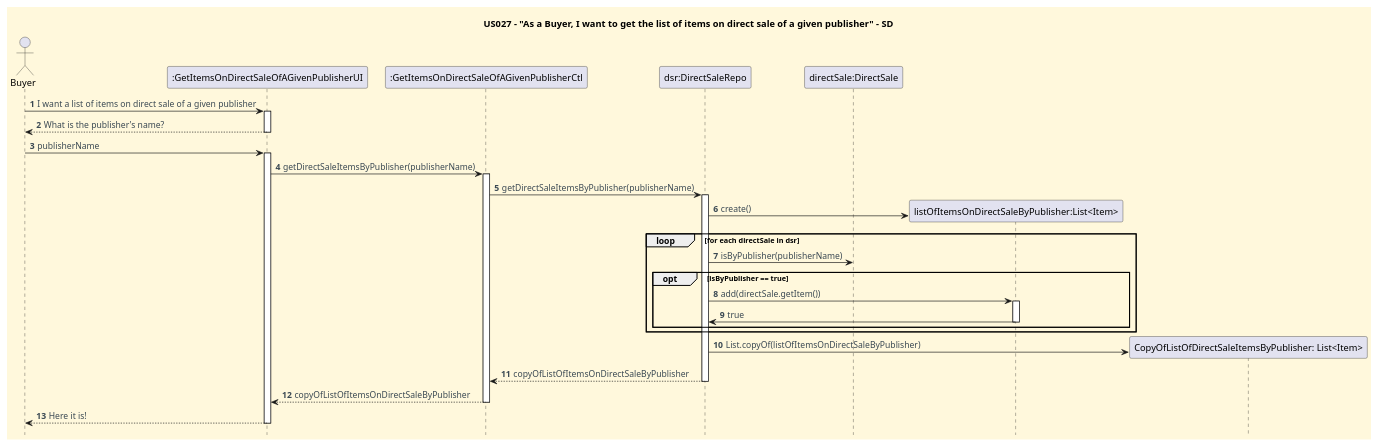
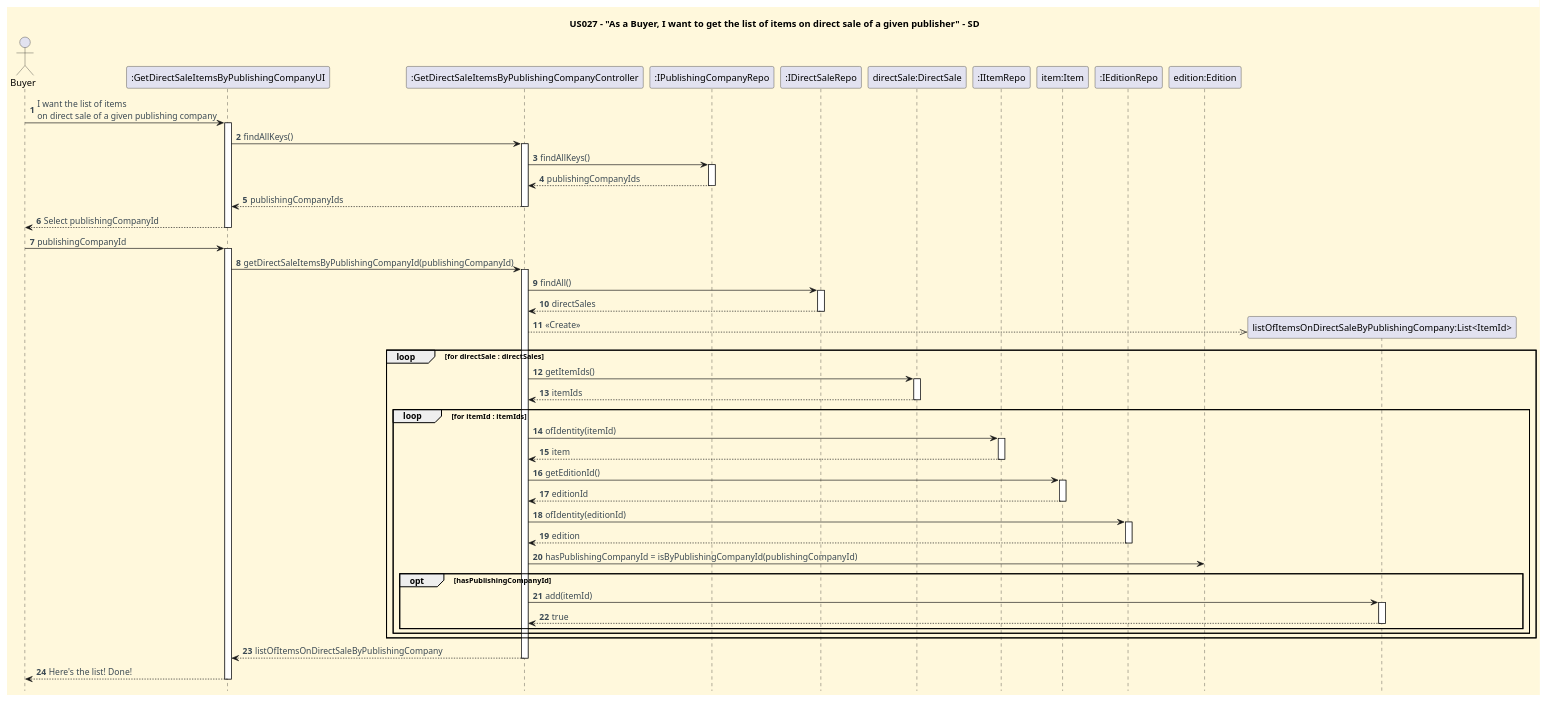
Before and after one commit to CarolinaLeite-collab/JavaMarketplacePlatform: the diagram in docs/user-stories/US027/US027_get_list_of_items_on_direct_sale_of_publisher_SD.puml, drawn with PlantUML. The commit also changed 2 other files, not shown here.

Commit message:
docs: updates SSD, SD and CD concerning GetItemsOnDirectSaleOfAGivenPublishingCompanyController according to DDD, refs #572

```diff
--- a/docs/user-stories/US027/US027_get_list_of_items_on_direct_sale_of_publisher_SD.puml
+++ b/docs/user-stories/US027/US027_get_list_of_items_on_direct_sale_of_publisher_SD.puml
@@ -1,63 +1,97 @@
-@@startuml
- title US027 - "As a Buyer, I want to get the list of items on direct sale of a given publisher" - SD
- hidefootbox
+@startuml
+title US027 - "As a Buyer, I want to get the list of items on direct sale of a given publisher" - SD
+hidefootbox
 
- '==== basic style ====
- skinparam monochrome false
- skinparam shadowing false
- skinparam defaultFontName Futura
- skinparam objectFontSize 20
- skinparam backgroundColor CornSilk
- skinparam objectBackgroundColor WhiteSmoke
- skinparam noteBackgroundColor #FFFFE0
- skinparam ArrowFontColor #3B4953
- skinparam ActivationBackgroundColor black
+skinparam shadowing false
+skinparam defaultFontName Futura
+skinparam objectFontSize 20
+skinparam backgroundColor CornSilk
+skinparam objectBackgroundColor WhiteSmoke
+skinparam ArrowFontColor #3B4953
 
- autonumber
- autoactivate off
+autonumber
+autoactivate off
 
- ' --- Actor and participants ---
- actor Buyer
- participant ":GetItemsOnDirectSaleOfAGivenPublisherUI" as UI
- participant ":GetItemsOnDirectSaleOfAGivenPublisherCtl" as Ctl
- participant "dsr:DirectSaleRepo" as DirectSaleRepo
- participant "directSale:DirectSale" as DirectSale
+actor Buyer
+participant ":GetDirectSaleItemsByPublishingCompanyUI" as UI
+participant ":GetDirectSaleItemsByPublishingCompanyController" as CTL
+participant ":IPublishingCompanyRepo" as PCR
+participant ":IDirectSaleRepo" as DSR
+participant "directSale:DirectSale" as DirectSale
+participant ":IItemRepo" as IR
+participant "item:Item" as Item
+participant ":IEditionRepo" as ER
+participant "edition:Edition" as Edition
 
- ' --- System dialog ---
- Buyer -> UI: I want a list of items on direct sale of a given publisher
- activate UI
- UI --> Buyer: What is the publisher's name?
- deactivate UI
 
- Buyer -> UI: publisherName
- activate UI
- UI -> Ctl: getDirectSaleItemsByPublisher(publisherName)
- activate Ctl
- Ctl -> DirectSaleRepo: getDirectSaleItemsByPublisher(publisherName)
- activate DirectSaleRepo
+Buyer -> UI: I want the list of items \non direct sale of a given publishing company
+activate UI
+UI -> CTL : findAllKeys()
+activate CTL
+CTL -> PCR : findAllKeys()
+activate PCR
 
- create "listOfItemsOnDirectSaleByPublisher:List<Item>" as List
- DirectSaleRepo -> List: create()
+PCR --> CTL : publishingCompanyIds
+deactivate PCR
 
- ' --- Run through each direct sale and check the publisher associated with the corresponding Item ---
- loop for each directSale in dsr
-     DirectSaleRepo -> DirectSale: isByPublisher(publisherName)
-     opt isByPublisher == true
-         DirectSaleRepo -> List: add(directSale.getItem())
-         activate List
-         List -> DirectSaleRepo: true
-         deactivate List
-     end
- end
+CTL --> UI : publishingCompanyIds
+deactivate CTL
+UI --> Buyer: Select publishingCompanyId
+deactivate UI
+Buyer -> UI: publishingCompanyId
+activate UI
 
- create "CopyOfListOfDirectSaleItemsByPublisher: List<Item>" as ListCopy
- DirectSaleRepo -> ListCopy: List.copyOf(listOfItemsOnDirectSaleByPublisher)
- DirectSaleRepo --> Ctl: copyOfListOfItemsOnDirectSaleByPublisher
- deactivate DirectSaleRepo
 
- Ctl --> UI: copyOfListOfItemsOnDirectSaleByPublisher
- deactivate Ctl
- UI --> Buyer: Here it is!
- deactivate UI
+UI -> CTL: getDirectSaleItemsByPublishingCompanyId(publishingCompanyId)
+activate CTL
 
- @enduml
+CTL -> DSR: findAll()
+activate DSR
+
+DSR --> CTL: directSales
+deactivate DSR
+
+create "listOfItemsOnDirectSaleByPublishingCompany:List<ItemId>"
+CTL -->> "listOfItemsOnDirectSaleByPublishingCompany:List<ItemId>" : <<Create>>
+
+loop for directSale : directSales
+CTL -> DirectSale : getItemIds()
+activate DirectSale
+DirectSale --> CTL : itemIds
+deactivate DirectSale
+
+loop for itemId : itemIds
+CTL -> IR : ofIdentity(itemId)
+activate IR
+IR --> CTL : item
+deactivate IR
+CTL -> Item : getEditionId()
+activate Item
+Item --> CTL : editionId
+deactivate Item
+
+CTL -> ER : ofIdentity(editionId)
+activate ER
+ER --> CTL : edition
+deactivate ER
+
+
+CTL -> Edition : hasPublishingCompanyId = isByPublishingCompanyId(publishingCompanyId)
+
+opt hasPublishingCompanyId
+CTL -> "listOfItemsOnDirectSaleByPublishingCompany:List<ItemId>" : add(itemId)
+activate "listOfItemsOnDirectSaleByPublishingCompany:List<ItemId>"
+"listOfItemsOnDirectSaleByPublishingCompany:List<ItemId>" --> CTL : true
+deactivate "listOfItemsOnDirectSaleByPublishingCompany:List<ItemId>"
+end
+end
+end
+
+
+CTL --> UI: listOfItemsOnDirectSaleByPublishingCompany
+deactivate CTL
+
+UI --> Buyer: Here's the list! Done!
+deactivate UI
+
+@enduml
```
